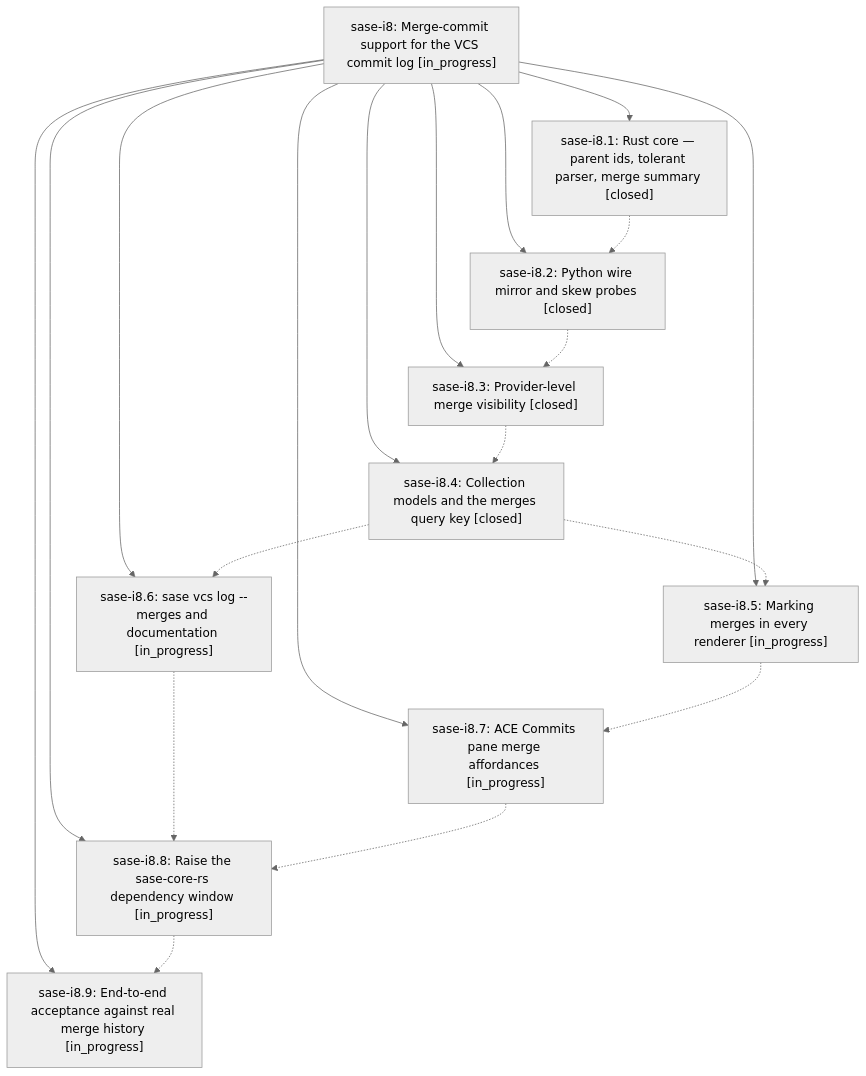
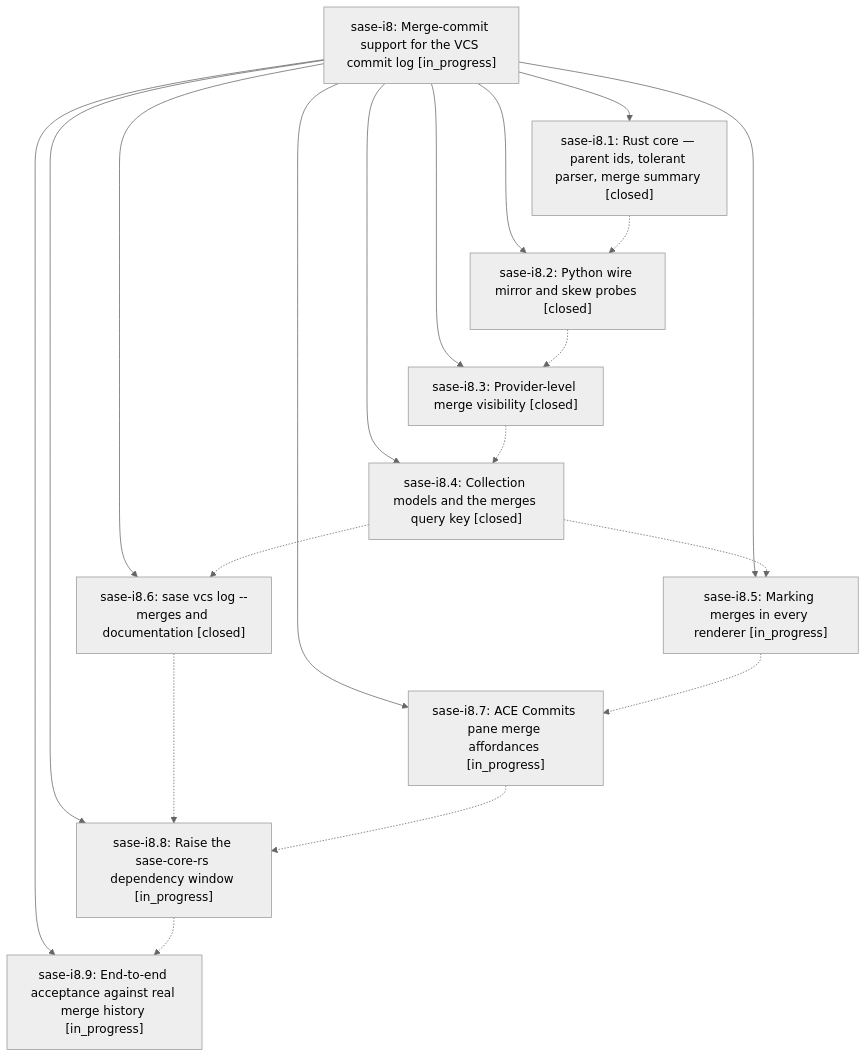
The diagram in pages/sase-i8/README.md (sase-org/sase--beads), drawn with Mermaid (neutral theme) before and after one commit. The commit also changed other lines of this file and 3 other files, not shown here.

````diff
--- a/pages/sase-i8/README.md
+++ b/pages/sase-i8/README.md
@@ -30,31 +34,31 @@
 ```mermaid
 flowchart TD
     n0["sase-i8: Merge-commit support for the VCS commit log [in_progress]"]
     n1["sase-i8.1: Rust core — parent ids, tolerant parser, merge summary [closed]"]
     n2["sase-i8.2: Python wire mirror and skew probes [closed]"]
     n3["sase-i8.3: Provider-level merge visibility [closed]"]
     n4["sase-i8.4: Collection models and the merges query key [closed]"]
     n5["sase-i8.5: Marking merges in every renderer [in_progress]"]
-    n6["sase-i8.6: sase vcs log --merges and documentation [in_progress]"]
+    n6["sase-i8.6: sase vcs log --merges and documentation [closed]"]
     n7["sase-i8.7: ACE Commits pane merge affordances [in_progress]"]
     n8["sase-i8.8: Raise the sase-core-rs dependency window [in_progress]"]
     n9["sase-i8.9: End-to-end acceptance against real merge history [in_progress]"]
     n0 --> n1
     n0 --> n2
     n0 --> n3
     n0 --> n4
     n0 --> n5
     n0 --> n6
     n0 --> n7
     n0 --> n8
     n0 --> n9
     n1 -.-> n2
     n2 -.-> n3
     n3 -.-> n4
     n4 -.-> n5
     n4 -.-> n6
     n5 -.-> n7
     n6 -.-> n8
     n7 -.-> n8
     n8 -.-> n9
 ```
````
